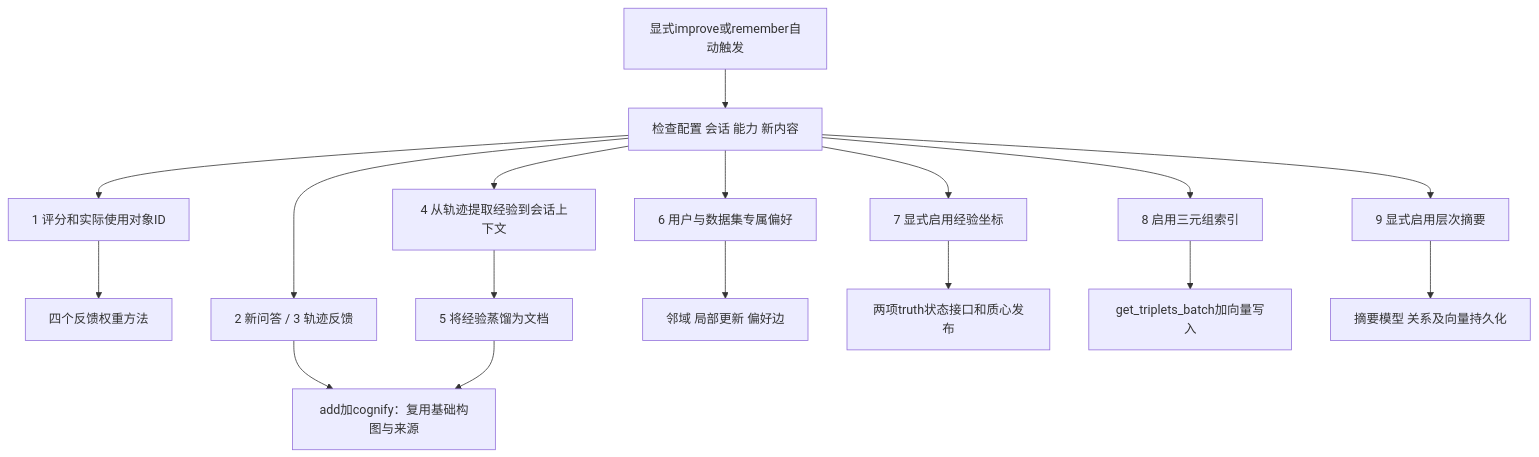
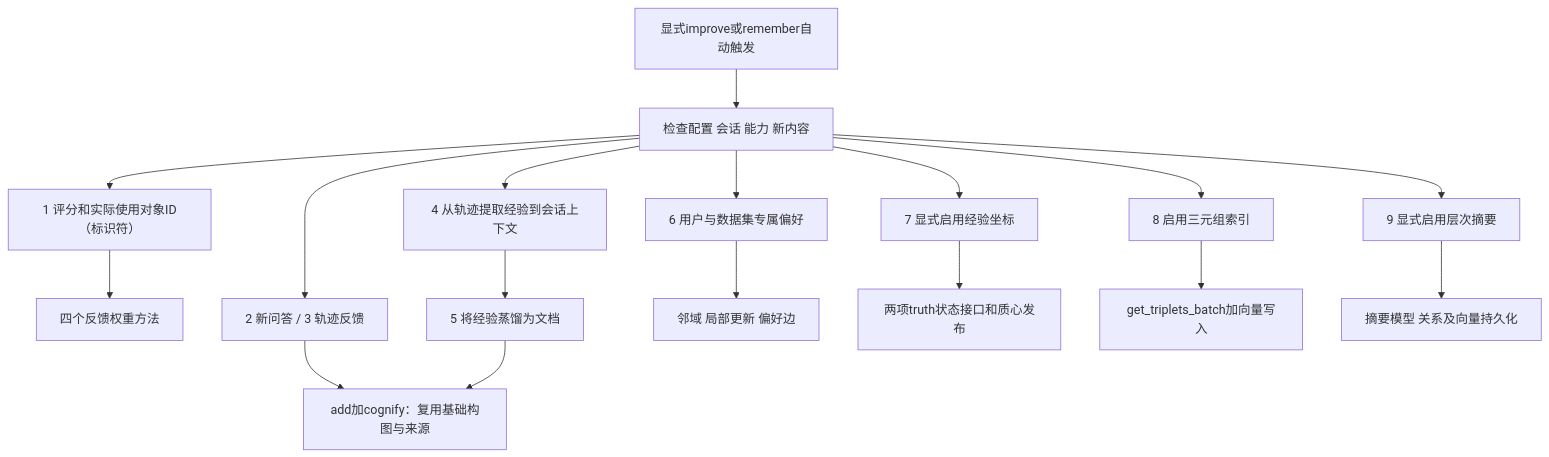
Before and after one commit to stefanv5/memory-platform-architecture: diagram 27 of 35 in docs/cognee/graph-storage-postgres-analysis.md, drawn with Mermaid. The commit also changed other lines of this file, not shown here.

Commit message:
docs(cognee): clarify AGE changes and compare memory architectures

````diff
--- a/docs/cognee/graph-storage-postgres-analysis.md
+++ b/docs/cognee/graph-storage-postgres-analysis.md
@@ -527,19 +1138,19 @@
 ```mermaid
 flowchart TD
     A[显式improve或remember自动触发] --> G[检查配置 会话 能力 新内容]
-    G --> F[1 评分和实际使用对象ID]
+    G --> F[1 评分和实际使用对象ID（标识符）]
     F --> W[四个反馈权重方法]
     G --> P[2 新问答 / 3 轨迹反馈]
     P --> C[add加cognify：复用基础构图与来源]
     G --> E[4 从轨迹提取经验到会话上下文]
     E --> D[5 将经验蒸馏为文档]
     D --> C
     G --> U[6 用户与数据集专属偏好]
     U --> N[邻域 局部更新 偏好边]
     G --> T[7 显式启用经验坐标]
     T --> S[两项truth状态接口和质心发布]
     G --> R[8 启用三元组索引]
     R --> B[get_triplets_batch加向量写入]
     G --> H[9 显式启用层次摘要]
     H --> HP[摘要模型 关系及向量持久化]
 ```
````
